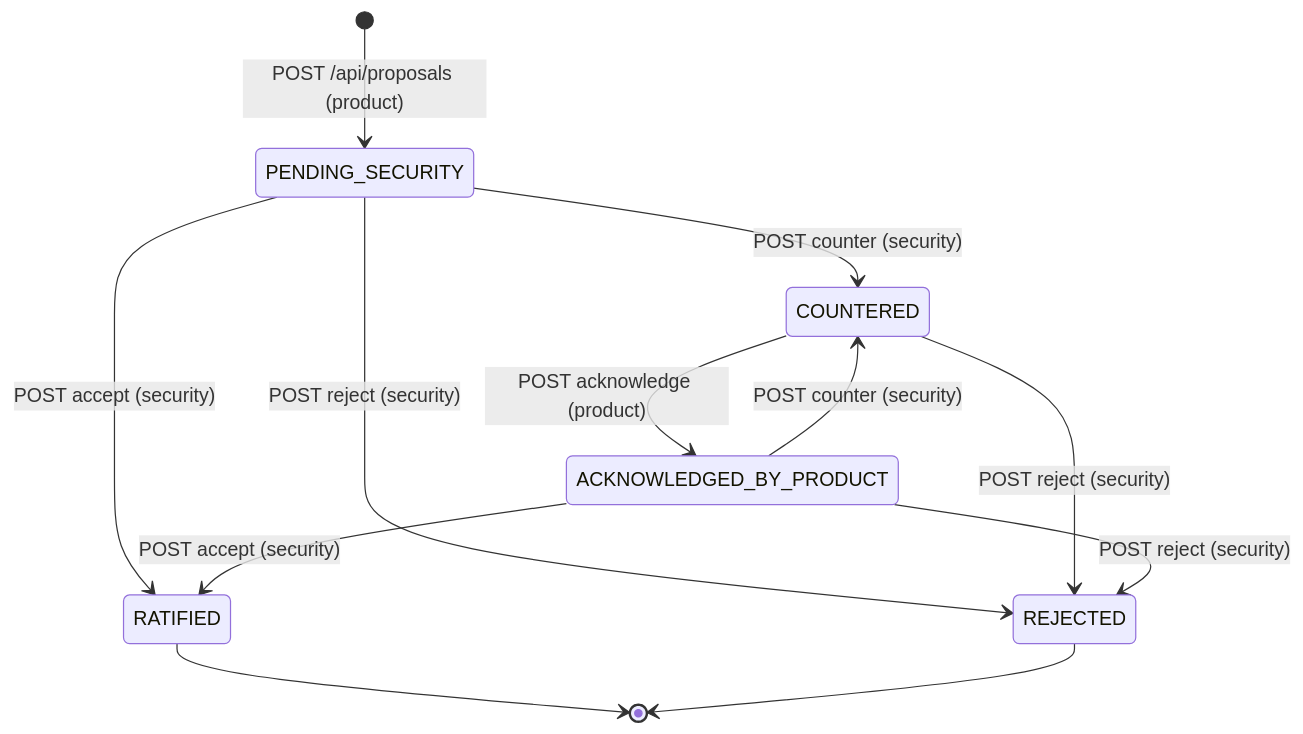
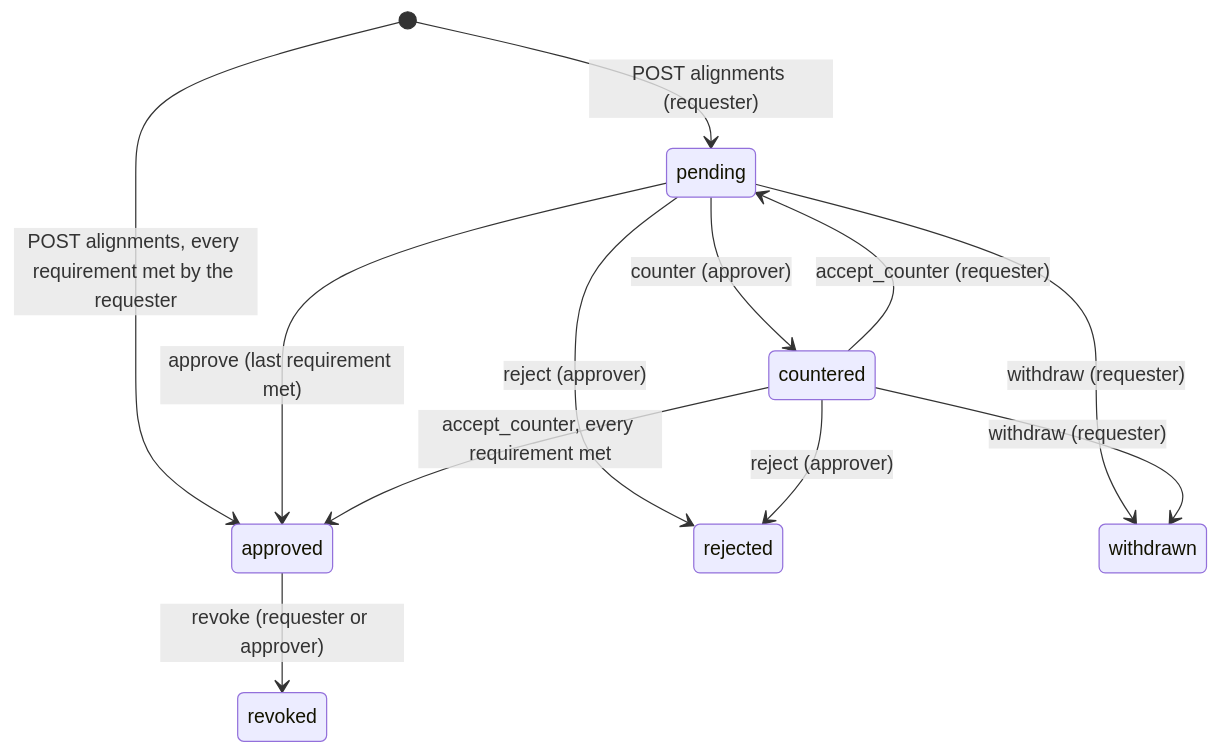
Before and after one commit to liminalworksinc/align: the first of 2 diagrams in specs/align/goals-and-proposals.md, drawn with Mermaid. The commit also changed other lines of this file, not shown here.

First line of the commit message:
Target spec: goals, alignments and change requests (work in progress)

````diff
--- a/specs/align/goals-and-proposals.md
+++ b/specs/align/goals-and-proposals.md
@@ -42,14 +44,14 @@
 ```mermaid
 stateDiagram-v2
-    [*] --> PENDING_SECURITY: POST /api/proposals (product)
-    PENDING_SECURITY --> COUNTERED: POST counter (security)
-    ACKNOWLEDGED_BY_PRODUCT --> COUNTERED: POST counter (security)
-    COUNTERED --> ACKNOWLEDGED_BY_PRODUCT: POST acknowledge (product)
-    PENDING_SECURITY --> RATIFIED: POST accept (security)
-    ACKNOWLEDGED_BY_PRODUCT --> RATIFIED: POST accept (security)
-    PENDING_SECURITY --> REJECTED: POST reject (security)
-    COUNTERED --> REJECTED: POST reject (security)
-    ACKNOWLEDGED_BY_PRODUCT --> REJECTED: POST reject (security)
-    RATIFIED --> [*]
-    REJECTED --> [*]
+    [*] --> pending: POST alignments (requester)
+    [*] --> approved: POST alignments, every requirement met by the requester
+    pending --> approved: approve (last requirement met)
+    pending --> countered: counter (approver)
+    countered --> pending: accept_counter (requester)
+    countered --> approved: accept_counter, every requirement met
+    pending --> rejected: reject (approver)
+    countered --> rejected: reject (approver)
+    pending --> withdrawn: withdraw (requester)
+    countered --> withdrawn: withdraw (requester)
+    approved --> revoked: revoke (requester or approver)
 ```
````
